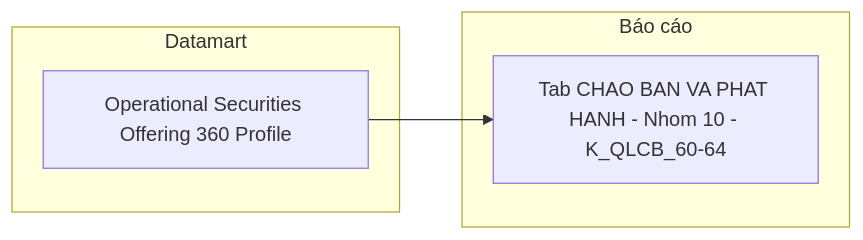
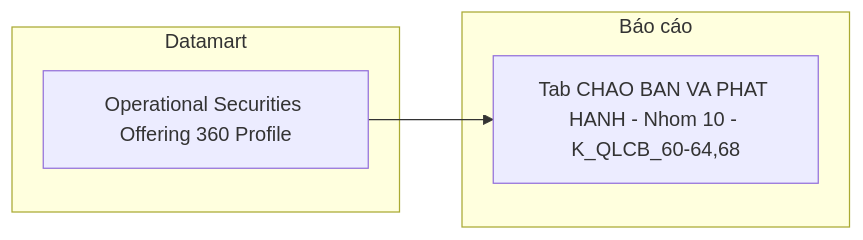
One commit to linhlvit/ubck_atomic_design changed diagram 21 of 22 in Datamart/hld/DTM_QLCB_HLD.md. Above: the diagram before and after it, drawn with Mermaid. The commit also changed other lines of this file and 10 other files, not shown here.

````diff
--- a/Datamart/hld/DTM_QLCB_HLD.md
+++ b/Datamart/hld/DTM_QLCB_HLD.md
@@ -1158,10 +1188,10 @@
 ```mermaid
 flowchart LR
     subgraph Datamart["Datamart"]
         G1["Operational Securities Offering 360 Profile"]
     end
     subgraph RPT["Báo cáo"]
-        R10["Tab CHAO BAN VA PHAT HANH - Nhom 10 - K_QLCB_60-64"]
+        R10["Tab CHAO BAN VA PHAT HANH - Nhom 10 - K_QLCB_60-64,68"]
     end
     G1 --> R10
 ```
````
